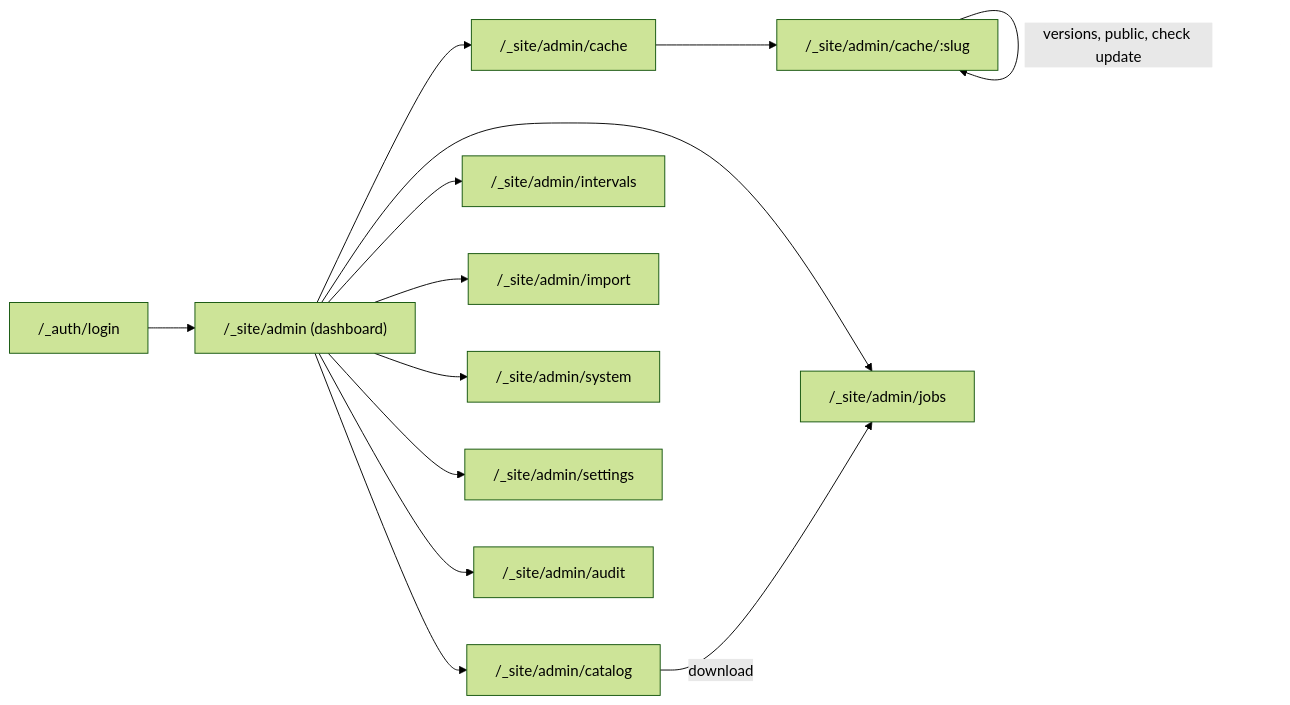
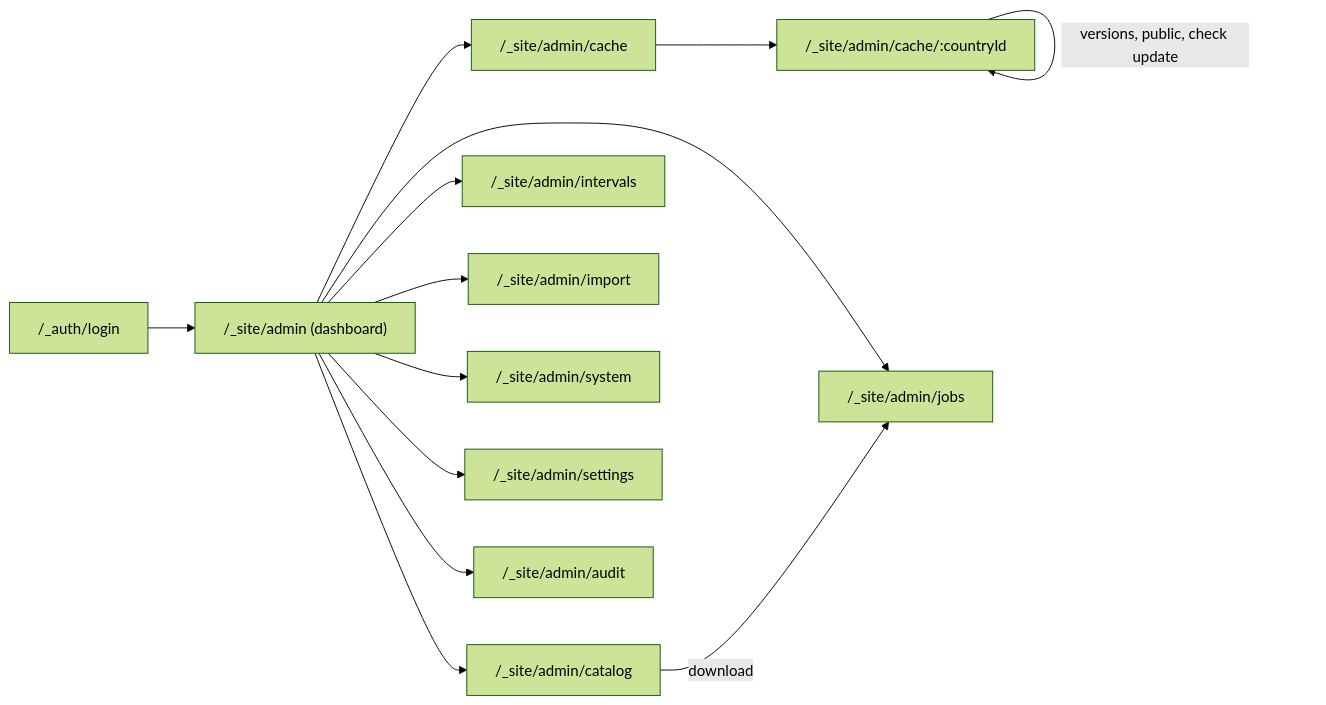
The tenth of 11 diagrams in docs/06-diagrams.md (komeilm76/mapirror), drawn with Mermaid (forest theme) before and after one commit. The commit also changed other lines of this file and 21 other files, not shown here.

Commit message:
feat(web): implement cached country detail

````diff
--- a/docs/06-diagrams.md
+++ b/docs/06-diagrams.md
@@ -150,15 +150,15 @@
 ```mermaid
 flowchart LR
   login["/_auth/login"] --> dash["/_site/admin (dashboard)"]
   dash --> catalog["/_site/admin/catalog"]
   dash --> cache["/_site/admin/cache"]
-  cache --> detail["/_site/admin/cache/:slug"]
+  cache --> detail["/_site/admin/cache/:countryId"]
   dash --> intervals["/_site/admin/intervals"]
   dash --> imports["/_site/admin/import"]
   dash --> jobs["/_site/admin/jobs"]
   dash --> system["/_site/admin/system"]
   dash --> settings["/_site/admin/settings"]
   dash --> audit["/_site/admin/audit"]
   catalog -->|download| jobs
   detail -->|versions, public, check update| detail
 ```
````
